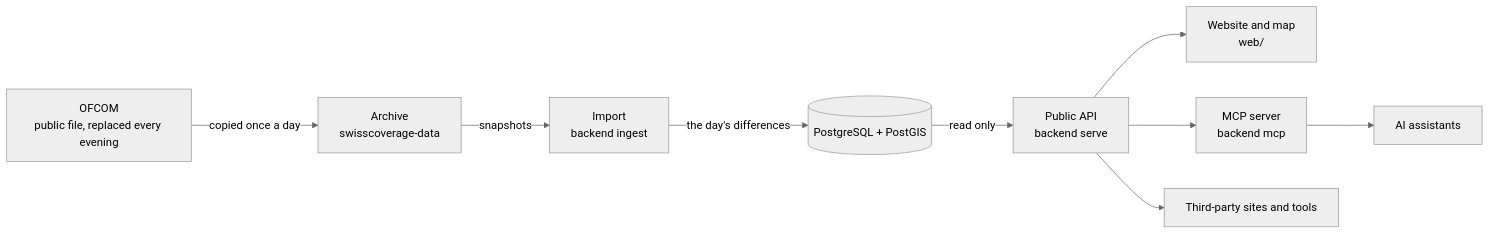
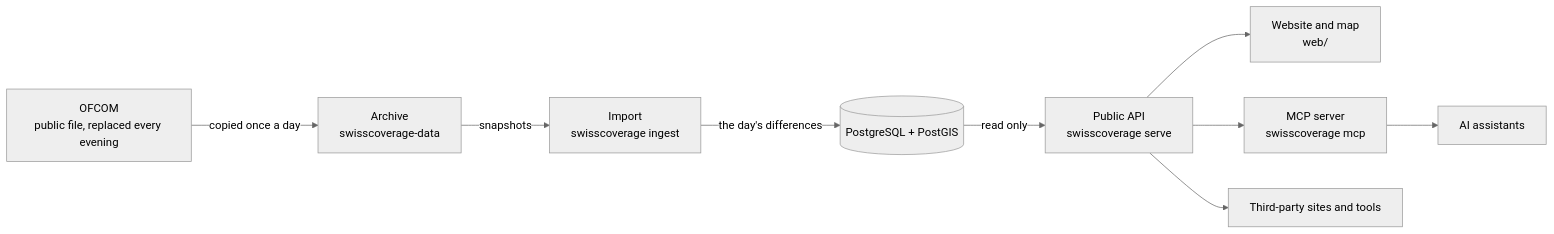
Before and after one commit to mathieumaf/swisscoverage: the first of 2 diagrams in docs/architecture.md, drawn with Mermaid (neutral theme). The commit also changed other lines of this file and 5 other files, not shown here.

First line of the commit message:
docs: make the roadmap checkable and the pages agree, after review

````diff
--- a/docs/architecture.md
+++ b/docs/architecture.md
@@ -36,21 +37,21 @@
 ```mermaid
 flowchart LR
   ofcom["OFCOM<br/>public file, replaced every evening"]
   archive["Archive<br/>swisscoverage-data"]
-  ingest["Import<br/>backend ingest"]
+  ingest["Import<br/>swisscoverage ingest"]
   db[("PostgreSQL + PostGIS")]
-  api["Public API<br/>backend serve"]
+  api["Public API<br/>swisscoverage serve"]
   web["Website and map<br/>web/"]
-  mcp["MCP server<br/>backend mcp"]
+  mcp["MCP server<br/>swisscoverage mcp"]
   third["Third-party sites and tools"]
   ai["AI assistants"]
 
   ofcom -- "copied once a day" --> archive
   archive -- "snapshots" --> ingest
   ingest -- "the day's differences" --> db
   db -- "read only" --> api
   api --> web
   api --> mcp
   api --> third
   mcp --> ai
 ```
````
